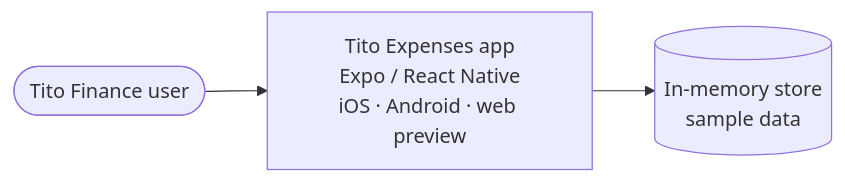
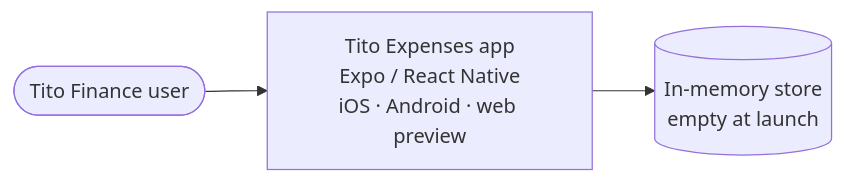
One commit to stdiohox/tito-expense-tracker changed the first of 8 diagrams in docs/ARCHITECTURE.md. Above: the diagram before and after it, drawn with Mermaid. The commit also changed other lines of this file and 4 other files, not shown here.

First line of the commit message:
feat(data): remove all demo data; the app starts empty and signed out

````diff
--- a/docs/ARCHITECTURE.md
+++ b/docs/ARCHITECTURE.md
@@ -39,5 +39,5 @@
 ```mermaid
 flowchart LR
   user([Tito Finance user]) --> app["Tito Expenses app<br/>Expo / React Native<br/>iOS · Android · web preview"]
-  app --> mem[("In-memory store<br/>sample data")]
+  app --> mem[("In-memory store<br/>empty at launch")]
 ```
````
